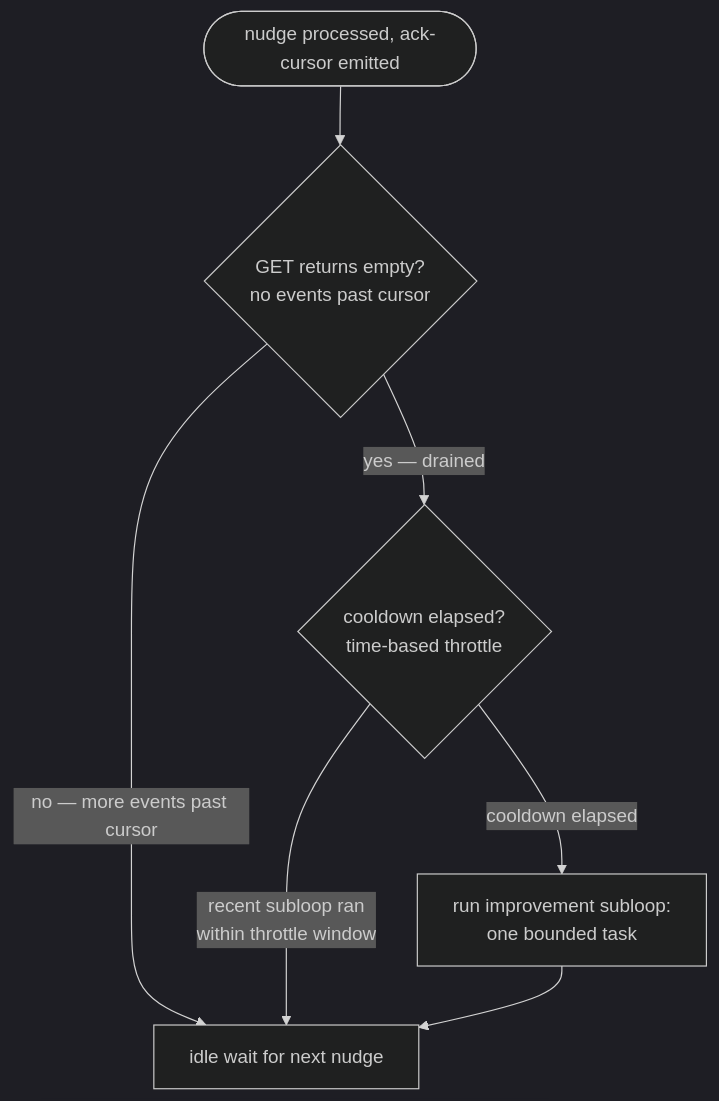
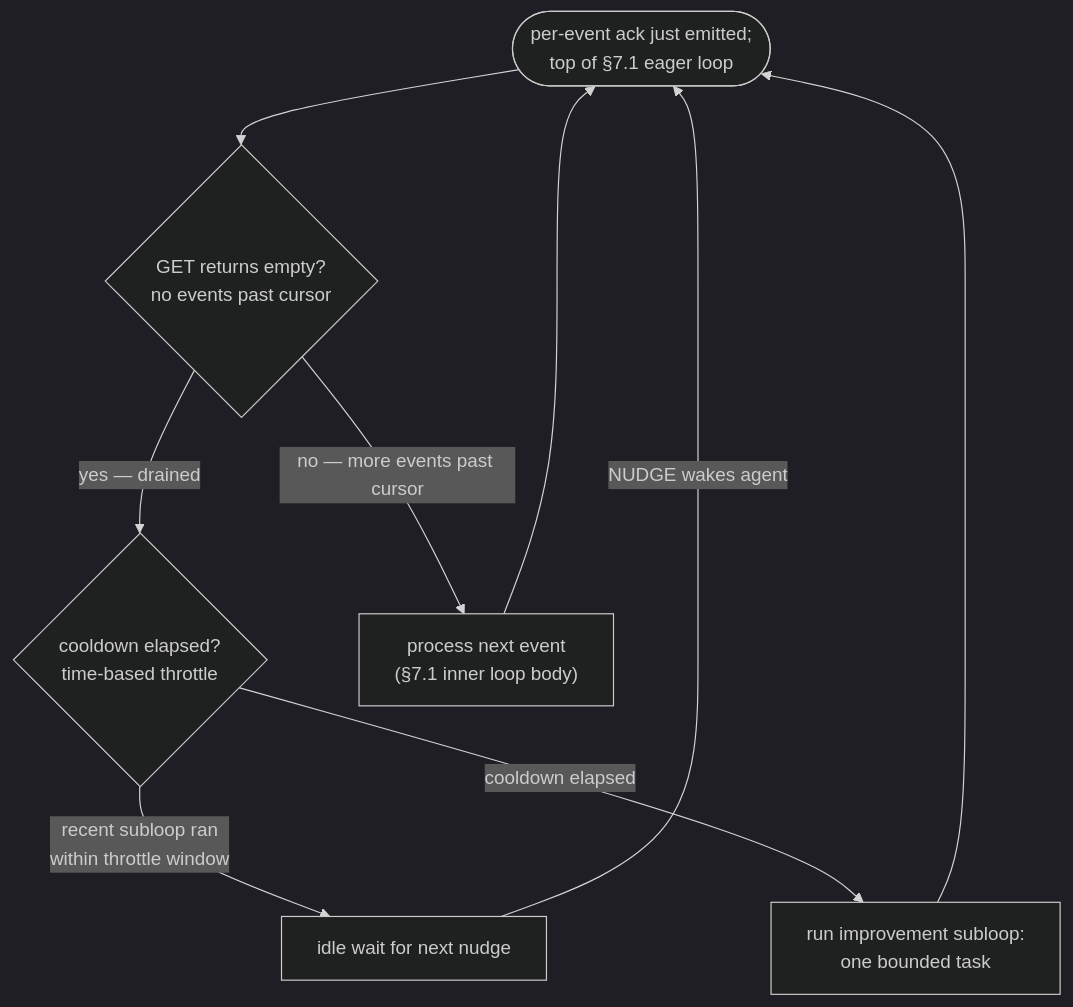
One commit to WallyDoodlez/SquidSquad changed diagram 14 of 15 in docs/AGENT-RUNTIME.md. Above: the diagram before and after it, drawn with Mermaid (dark theme). The commit also changed other lines of this file and 4 other files, not shown here.

````diff
--- a/docs/AGENT-RUNTIME.md
+++ b/docs/AGENT-RUNTIME.md
@@ -1054,15 +1070,18 @@
 ```mermaid
 flowchart TD
-    Start(["nudge processed, ack-cursor emitted"])
+    Start(["per-event ack just emitted;<br/>top of §7.1 eager loop"])
     QEmpty{"GET returns empty?<br/>no events past cursor"}
     Throttle{"cooldown elapsed?<br/>time-based throttle"}
     Subloop["run improvement subloop:<br/>one bounded task"]
     Idle["idle wait for next nudge"]
+    Process["process next event<br/>(§7.1 inner loop body)"]
 
     Start --> QEmpty
-    QEmpty -->|"no — more events past cursor"| Idle
+    QEmpty -->|"no — more events past cursor"| Process
+    Process --> Start
     QEmpty -->|"yes — drained"| Throttle
     Throttle -->|"recent subloop ran<br/>within throttle window"| Idle
     Throttle -->|"cooldown elapsed"| Subloop
-    Subloop --> Idle
+    Subloop --> Start
+    Idle -->|"NUDGE wakes agent"| Start
 ```
````
